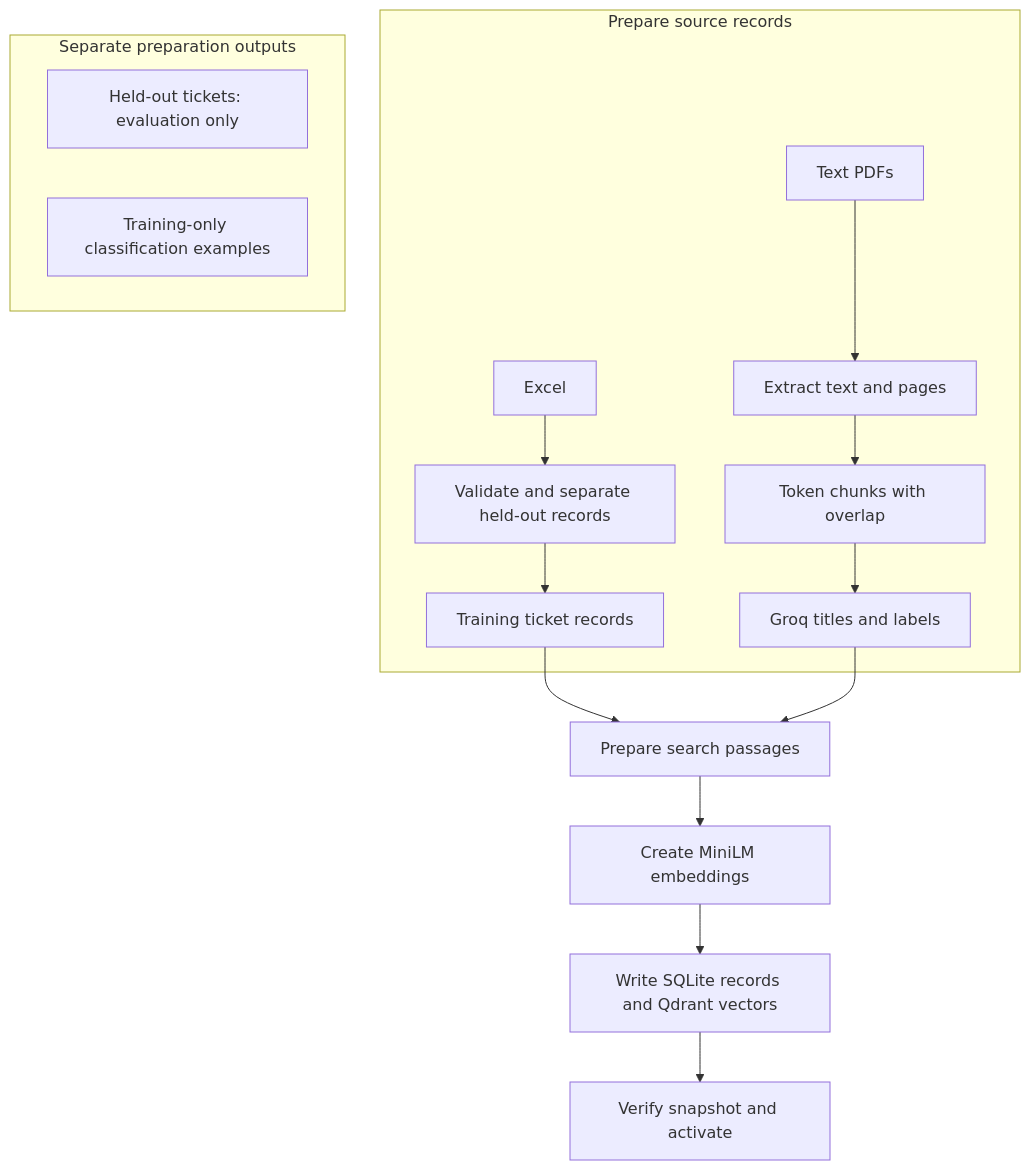
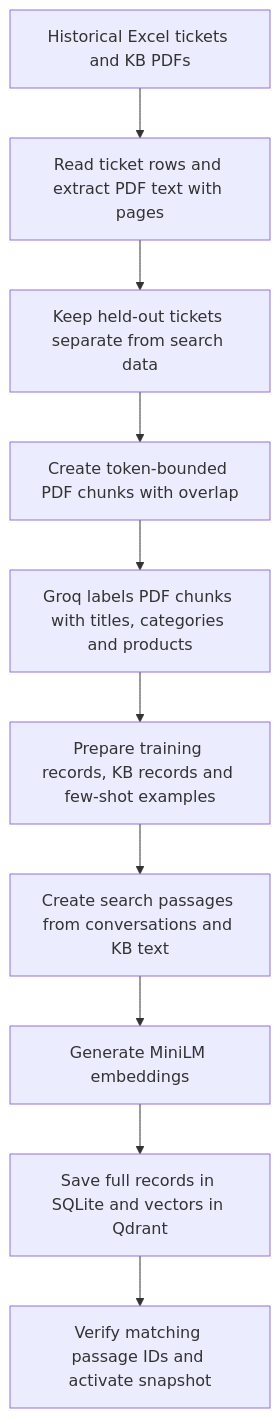
Before and after one commit to ananya-0607/telecom-support-assistant: the third of 15 diagrams in README.md, drawn with Mermaid. The commit also changed other lines of this file, not shown here.

Commit message:
Make overview and preparation diagrams vertical

````diff
--- a/README.md
+++ b/README.md
@@ -103,19 +95,14 @@
 ```mermaid
 flowchart TB
-    subgraph SOURCES[Prepare source records]
-        X[Excel] --> V[Validate and separate held-out records]
-        V --> T[Training ticket records]
-        P[Text PDFs] --> EX[Extract text and pages]
-        EX --> CH[Token chunks with overlap]
-        CH --> META[Groq titles and labels]
-    end
-    T --> PASS[Prepare search passages]
-    META --> PASS
-    PASS --> EMB[Create MiniLM embeddings]
-    EMB --> DB[Write SQLite records and Qdrant vectors]
-    DB --> CHECK[Verify snapshot and activate]
-    subgraph AUX[Separate preparation outputs]
-        E[Held-out tickets: evaluation only]
-        FEW[Training-only classification examples]
-    end
+    SOURCE[Historical Excel tickets and KB PDFs]
+    READ[Read ticket rows and extract PDF text with pages]
+    SPLIT[Keep held-out tickets separate from search data]
+    CHUNK[Create token-bounded PDF chunks with overlap]
+    META[Groq labels PDF chunks with titles, categories and products]
+    RECORDS[Prepare training records, KB records and few-shot examples]
+    PASS[Create search passages from conversations and KB text]
+    EMB[Generate MiniLM embeddings]
+    STORE[Save full records in SQLite and vectors in Qdrant]
+    VERIFY[Verify matching passage IDs and activate snapshot]
+    SOURCE --> READ --> SPLIT --> CHUNK --> META --> RECORDS --> PASS --> EMB --> STORE --> VERIFY
 ```
````
